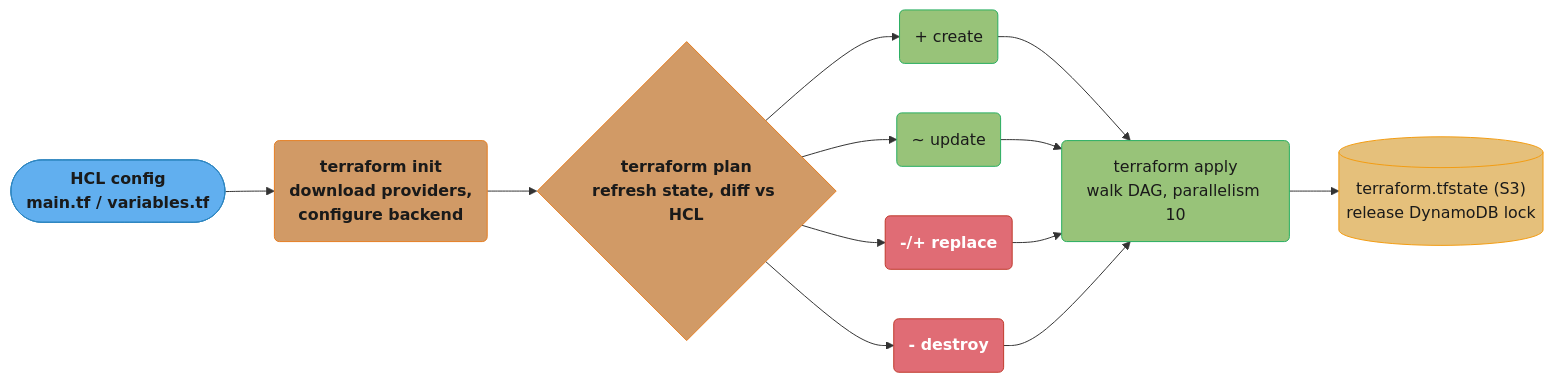
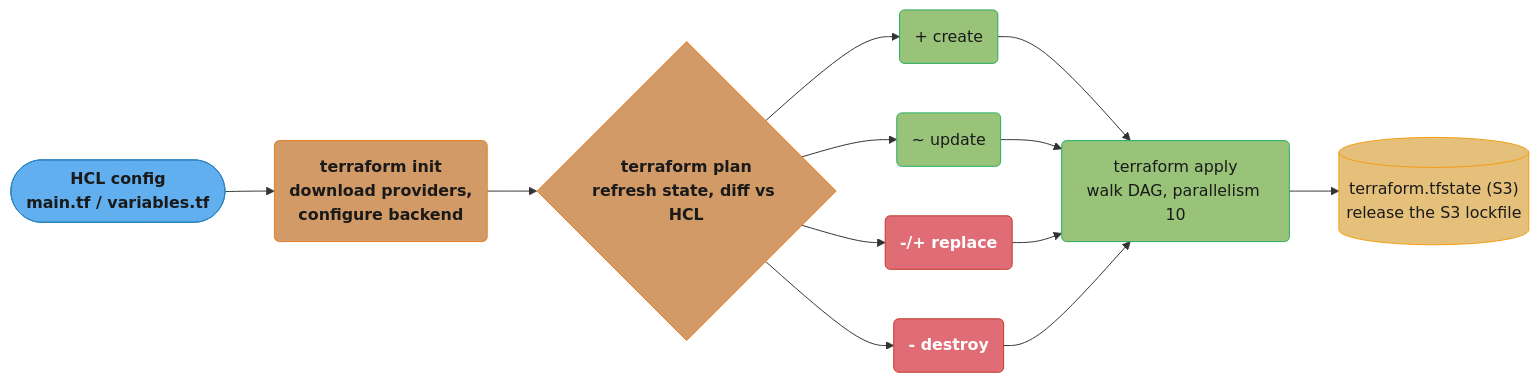
The first of 5 diagrams in src/main/java/com/rutik/systemdesign/devops/infrastructure_as_code_terraform/infrastructure_as_code_terraform.md (rppol/system-design), drawn with Mermaid before and after one commit. The commit also changed other lines of this file and 3 other files, not shown here.

````diff
--- a/src/main/java/com/rutik/systemdesign/devops/infrastructure_as_code_terraform/infrastructure_as_code_terraform.md
+++ b/src/main/java/com/rutik/systemdesign/devops/infrastructure_as_code_terraform/infrastructure_as_code_terraform.md
@@ -89,37 +89,37 @@
 ```mermaid
 flowchart LR
     classDef io      fill:#61afef,stroke:#2e86c1,color:#1a1a1a,font-weight:bold
     classDef frozen  fill:#c678dd,stroke:#9b59b6,color:#fff
     classDef train   fill:#98c379,stroke:#27ae60,color:#1a1a1a
     classDef mathOp  fill:#d19a66,stroke:#e67e22,color:#1a1a1a,font-weight:bold
     classDef lossN   fill:#e06c75,stroke:#c0392b,color:#fff,font-weight:bold
     classDef req     fill:#56b6c2,stroke:#0097a7,color:#1a1a1a
     classDef base    fill:#e5c07b,stroke:#f39c12,color:#1a1a1a
 
     HCL(["HCL config<br/>main.tf / variables.tf"])
     Init(terraform init<br/>download providers,<br/>configure backend)
     Plan{"terraform plan<br/>refresh state, diff vs HCL"}
     Create("+ create")
     Update("~ update")
     Replace("-/+ replace")
     Destroy("- destroy")
     Apply(terraform apply<br/>walk DAG, parallelism 10)
-    State[("terraform.tfstate (S3)<br/>release DynamoDB lock")]
+    State[("terraform.tfstate (S3)<br/>release the S3 lockfile")]
 
     HCL --> Init --> Plan
     Plan --> Create --> Apply
     Plan --> Update --> Apply
     Plan --> Replace --> Apply
     Plan --> Destroy --> Apply
     Apply --> State
 
     class HCL io
     class Init mathOp
     class Plan mathOp
     class Create train
     class Update train
     class Replace lossN
     class Destroy lossN
     class Apply train
     class State base
 ```
````
